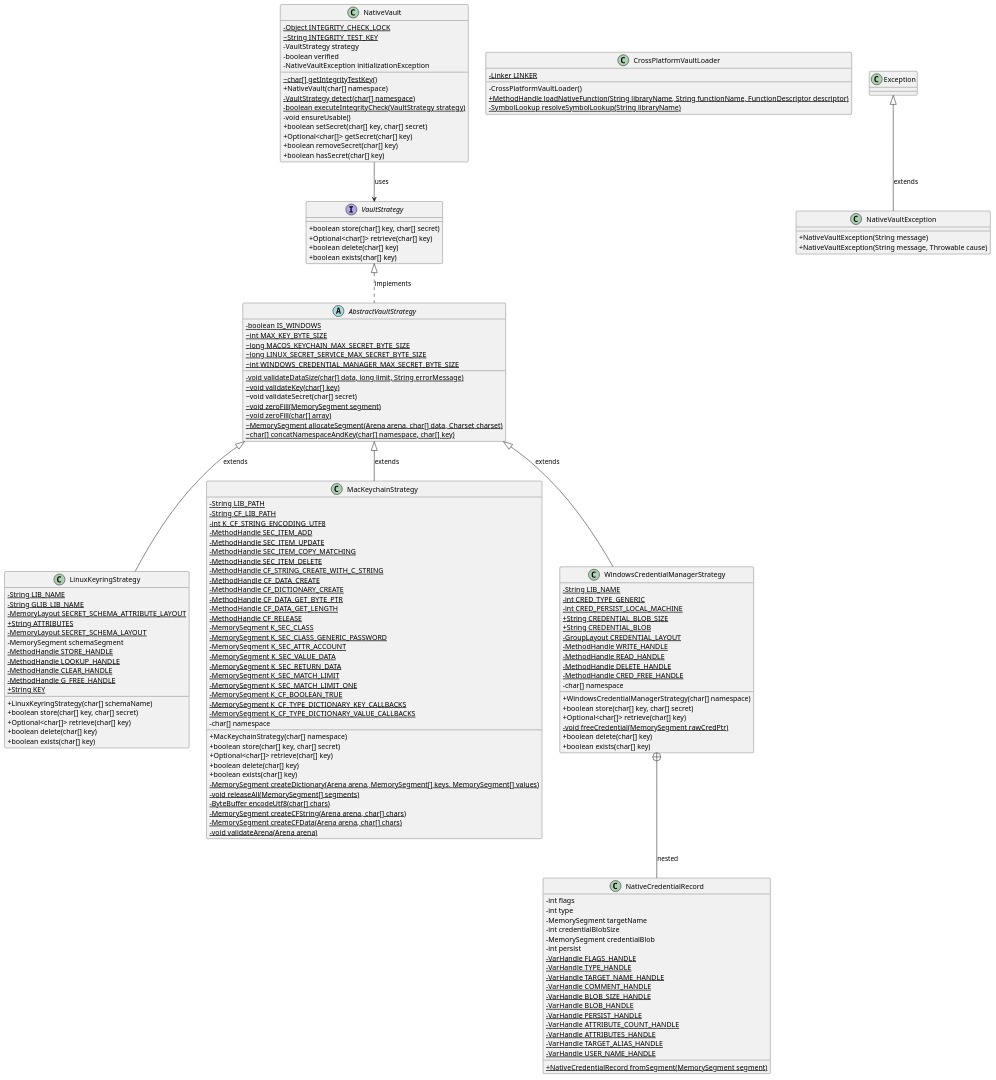
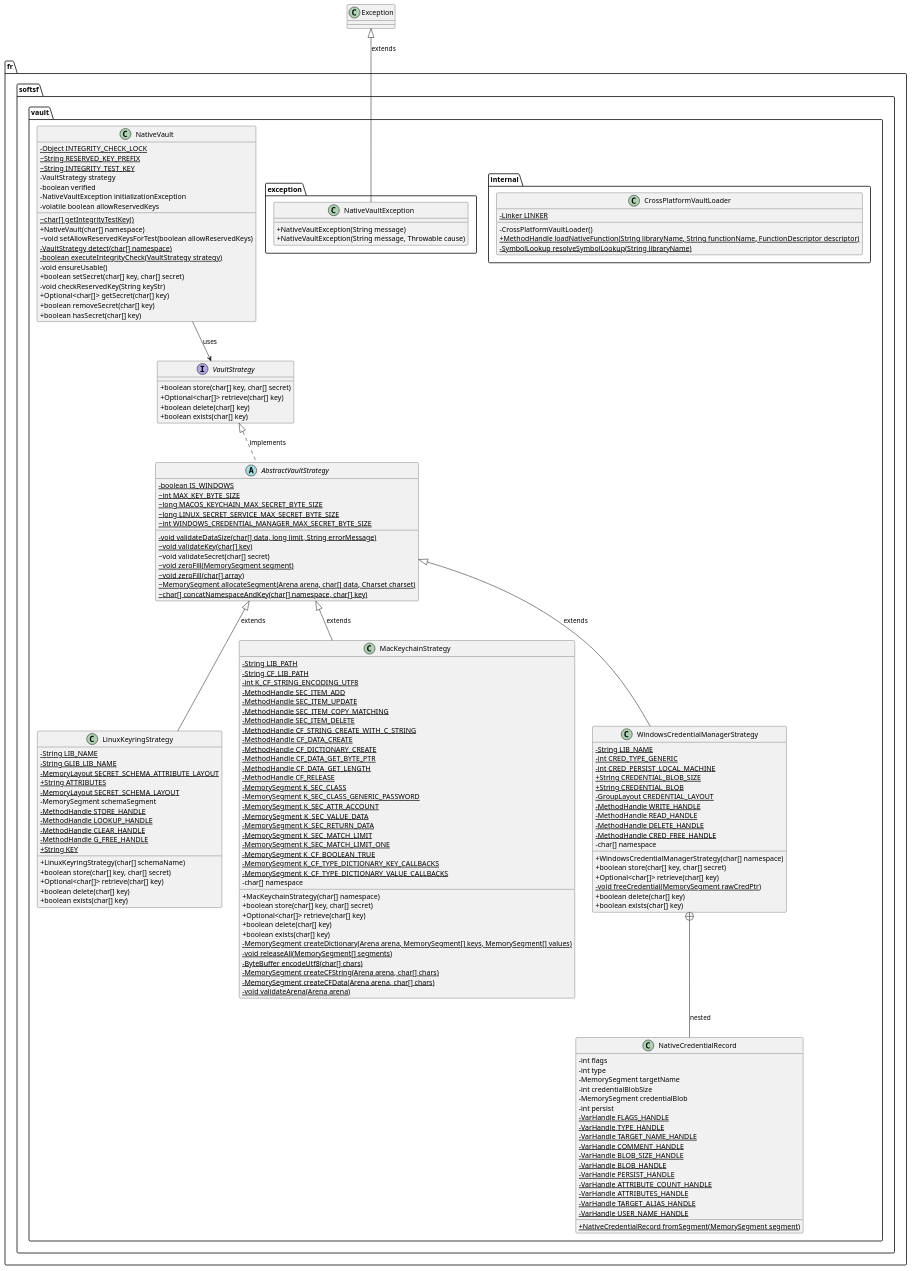
Before and after one commit to Lob2018/native-vault: the diagram in .myresources/uml/class.puml, drawn with PlantUML. The commit also changed 3 other files, not shown here.

Commit message:
📚 docs Doxygen with updated UML class diagram

```diff
--- a/.myresources/uml/class.puml
+++ b/.myresources/uml/class.puml
@@ -1,162 +1,172 @@
 @startuml
 skinparam classAttributeIconSize 0
 
-interface VaultStrategy {
-    + boolean store(char[] key, char[] secret)
-    + Optional<char[]> retrieve(char[] key)
-    + boolean delete(char[] key)
-    + boolean exists(char[] key)
+package "fr.softsf.vault" {
+    interface VaultStrategy {
+        + boolean store(char[] key, char[] secret)
+        + Optional<char[]> retrieve(char[] key)
+        + boolean delete(char[] key)
+        + boolean exists(char[] key)
+    }
+
+    abstract class AbstractVaultStrategy {
+        {static} - boolean IS_WINDOWS
+        {static} ~ int MAX_KEY_BYTE_SIZE
+        {static} ~ long MACOS_KEYCHAIN_MAX_SECRET_BYTE_SIZE
+        {static} ~ long LINUX_SECRET_SERVICE_MAX_SECRET_BYTE_SIZE
+        {static} ~ int WINDOWS_CREDENTIAL_MANAGER_MAX_SECRET_BYTE_SIZE
+        {static} - void validateDataSize(char[] data, long limit, String errorMessage)
+        {static} ~ void validateKey(char[] key)
+        ~ void validateSecret(char[] secret)
+        {static} ~ void zeroFill(MemorySegment segment)
+        {static} ~ void zeroFill(char[] array)
+        {static} ~ MemorySegment allocateSegment(Arena arena, char[] data, Charset charset)
+        {static} ~ char[] concatNamespaceAndKey(char[] namespace, char[] key)
+    }
+
+    class LinuxKeyringStrategy {
+        {static} - String LIB_NAME
+        {static} - String GLIB_LIB_NAME
+        {static} - MemoryLayout SECRET_SCHEMA_ATTRIBUTE_LAYOUT
+        {static} + String ATTRIBUTES
+        {static} - MemoryLayout SECRET_SCHEMA_LAYOUT
+        - MemorySegment schemaSegment
+        {static} - MethodHandle STORE_HANDLE
+        {static} - MethodHandle LOOKUP_HANDLE
+        {static} - MethodHandle CLEAR_HANDLE
+        {static} - MethodHandle G_FREE_HANDLE
+        {static} + String KEY
+        + LinuxKeyringStrategy(char[] schemaName)
+        + boolean store(char[] key, char[] secret)
+        + Optional<char[]> retrieve(char[] key)
+        + boolean delete(char[] key)
+        + boolean exists(char[] key)
+    }
+
+    class MacKeychainStrategy {
+        {static} - String LIB_PATH
+        {static} - String CF_LIB_PATH
+        {static} - int K_CF_STRING_ENCODING_UTF8
+        {static} - MethodHandle SEC_ITEM_ADD
+        {static} - MethodHandle SEC_ITEM_UPDATE
+        {static} - MethodHandle SEC_ITEM_COPY_MATCHING
+        {static} - MethodHandle SEC_ITEM_DELETE
+        {static} - MethodHandle CF_STRING_CREATE_WITH_C_STRING
+        {static} - MethodHandle CF_DATA_CREATE
+        {static} - MethodHandle CF_DICTIONARY_CREATE
+        {static} - MethodHandle CF_DATA_GET_BYTE_PTR
+        {static} - MethodHandle CF_DATA_GET_LENGTH
+        {static} - MethodHandle CF_RELEASE
+        {static} - MemorySegment K_SEC_CLASS
+        {static} - MemorySegment K_SEC_CLASS_GENERIC_PASSWORD
+        {static} - MemorySegment K_SEC_ATTR_ACCOUNT
+        {static} - MemorySegment K_SEC_VALUE_DATA
+        {static} - MemorySegment K_SEC_RETURN_DATA
+        {static} - MemorySegment K_SEC_MATCH_LIMIT
+        {static} - MemorySegment K_SEC_MATCH_LIMIT_ONE
+        {static} - MemorySegment K_CF_BOOLEAN_TRUE
+        {static} - MemorySegment K_CF_TYPE_DICTIONARY_KEY_CALLBACKS
+        {static} - MemorySegment K_CF_TYPE_DICTIONARY_VALUE_CALLBACKS
+        - char[] namespace
+        + MacKeychainStrategy(char[] namespace)
+        + boolean store(char[] key, char[] secret)
+        + Optional<char[]> retrieve(char[] key)
+        + boolean delete(char[] key)
+        + boolean exists(char[] key)
+        {static} - MemorySegment createDictionary(Arena arena, MemorySegment[] keys, MemorySegment[] values)
+        {static} - void releaseAll(MemorySegment[] segments)
+        {static} - ByteBuffer encodeUtf8(char[] chars)
+        {static} - MemorySegment createCFString(Arena arena, char[] chars)
+        {static} - MemorySegment createCFData(Arena arena, char[] chars)
+        {static} - void validateArena(Arena arena)
+    }
+
+    class WindowsCredentialManagerStrategy {
+        {static} - String LIB_NAME
+        {static} - int CRED_TYPE_GENERIC
+        {static} - int CRED_PERSIST_LOCAL_MACHINE
+        {static} + String CREDENTIAL_BLOB_SIZE
+        {static} + String CREDENTIAL_BLOB
+        {static} - GroupLayout CREDENTIAL_LAYOUT
+        {static} - MethodHandle WRITE_HANDLE
+        {static} - MethodHandle READ_HANDLE
+        {static} - MethodHandle DELETE_HANDLE
+        {static} - MethodHandle CRED_FREE_HANDLE
+        - char[] namespace
+        + WindowsCredentialManagerStrategy(char[] namespace)
+        + boolean store(char[] key, char[] secret)
+        + Optional<char[]> retrieve(char[] key)
+        {static} - void freeCredential(MemorySegment rawCredPtr)
+        + boolean delete(char[] key)
+        + boolean exists(char[] key)
+    }
+
+    class "NativeCredentialRecord" as WindowsCredentialManagerStrategy_NativeCredentialRecord {
+        - int flags
+        - int type
+        - MemorySegment targetName
+        - int credentialBlobSize
+        - MemorySegment credentialBlob
+        - int persist
+        {static} - VarHandle FLAGS_HANDLE
+        {static} - VarHandle TYPE_HANDLE
+        {static} - VarHandle TARGET_NAME_HANDLE
+        {static} - VarHandle COMMENT_HANDLE
+        {static} - VarHandle BLOB_SIZE_HANDLE
+        {static} - VarHandle BLOB_HANDLE
+        {static} - VarHandle PERSIST_HANDLE
+        {static} - VarHandle ATTRIBUTE_COUNT_HANDLE
+        {static} - VarHandle ATTRIBUTES_HANDLE
+        {static} - VarHandle TARGET_ALIAS_HANDLE
+        {static} - VarHandle USER_NAME_HANDLE
+        {static} + NativeCredentialRecord fromSegment(MemorySegment segment)
+    }
+
+    class NativeVault {
+        {static} - Object INTEGRITY_CHECK_LOCK
+        {static} ~ String RESERVED_KEY_PREFIX
+        {static} ~ String INTEGRITY_TEST_KEY
+        - VaultStrategy strategy
+        - boolean verified
+        - NativeVaultException initializationException
+        - volatile boolean allowReservedKeys
+        {static} ~ char[] getIntegrityTestKey()
+        + NativeVault(char[] namespace)
+        ~ void setAllowReservedKeysForTest(boolean allowReservedKeys)
+        {static} - VaultStrategy detect(char[] namespace)
+        {static} - boolean executeIntegrityCheck(VaultStrategy strategy)
+        - void ensureUsable()
+        + boolean setSecret(char[] key, char[] secret)
+        - void checkReservedKey(String keyStr)
+        + Optional<char[]> getSecret(char[] key)
+        + boolean removeSecret(char[] key)
+        + boolean hasSecret(char[] key)
+    }
 }
 
-abstract class AbstractVaultStrategy {
-    {static} - boolean IS_WINDOWS
-    {static} ~ int MAX_KEY_BYTE_SIZE
-    {static} ~ long MACOS_KEYCHAIN_MAX_SECRET_BYTE_SIZE
-    {static} ~ long LINUX_SECRET_SERVICE_MAX_SECRET_BYTE_SIZE
-    {static} ~ int WINDOWS_CREDENTIAL_MANAGER_MAX_SECRET_BYTE_SIZE
-    {static} - void validateDataSize(char[] data, long limit, String errorMessage)
-    {static} ~ void validateKey(char[] key)
-    ~ void validateSecret(char[] secret)
-    {static} ~ void zeroFill(MemorySegment segment)
-    {static} ~ void zeroFill(char[] array)
-    {static} ~ MemorySegment allocateSegment(Arena arena, char[] data, Charset charset)
-    {static} ~ char[] concatNamespaceAndKey(char[] namespace, char[] key)
+package "fr.softsf.vault.internal" {
+    class CrossPlatformVaultLoader {
+        {static} - Linker LINKER
+        - CrossPlatformVaultLoader()
+        {static} + MethodHandle loadNativeFunction(String libraryName, String functionName, FunctionDescriptor descriptor)
+        {static} - SymbolLookup resolveSymbolLookup(String libraryName)
+    }
 }
 
-class LinuxKeyringStrategy {
-    {static} - String LIB_NAME
-    {static} - String GLIB_LIB_NAME
-    {static} - MemoryLayout SECRET_SCHEMA_ATTRIBUTE_LAYOUT
-    {static} + String ATTRIBUTES
-    {static} - MemoryLayout SECRET_SCHEMA_LAYOUT
-    - MemorySegment schemaSegment
-    {static} - MethodHandle STORE_HANDLE
-    {static} - MethodHandle LOOKUP_HANDLE
-    {static} - MethodHandle CLEAR_HANDLE
-    {static} - MethodHandle G_FREE_HANDLE
-    {static} + String KEY
-    + LinuxKeyringStrategy(char[] schemaName)
-    + boolean store(char[] key, char[] secret)
-    + Optional<char[]> retrieve(char[] key)
-    + boolean delete(char[] key)
-    + boolean exists(char[] key)
-}
-
-class MacKeychainStrategy {
-    {static} - String LIB_PATH
-    {static} - String CF_LIB_PATH
-    {static} - int K_CF_STRING_ENCODING_UTF8
-    {static} - MethodHandle SEC_ITEM_ADD
-    {static} - MethodHandle SEC_ITEM_UPDATE
-    {static} - MethodHandle SEC_ITEM_COPY_MATCHING
-    {static} - MethodHandle SEC_ITEM_DELETE
-    {static} - MethodHandle CF_STRING_CREATE_WITH_C_STRING
-    {static} - MethodHandle CF_DATA_CREATE
-    {static} - MethodHandle CF_DICTIONARY_CREATE
-    {static} - MethodHandle CF_DATA_GET_BYTE_PTR
-    {static} - MethodHandle CF_DATA_GET_LENGTH
-    {static} - MethodHandle CF_RELEASE
-    {static} - MemorySegment K_SEC_CLASS
-    {static} - MemorySegment K_SEC_CLASS_GENERIC_PASSWORD
-    {static} - MemorySegment K_SEC_ATTR_ACCOUNT
-    {static} - MemorySegment K_SEC_VALUE_DATA
-    {static} - MemorySegment K_SEC_RETURN_DATA
-    {static} - MemorySegment K_SEC_MATCH_LIMIT
-    {static} - MemorySegment K_SEC_MATCH_LIMIT_ONE
-    {static} - MemorySegment K_CF_BOOLEAN_TRUE
-    {static} - MemorySegment K_CF_TYPE_DICTIONARY_KEY_CALLBACKS
-    {static} - MemorySegment K_CF_TYPE_DICTIONARY_VALUE_CALLBACKS
-    - char[] namespace
-    + MacKeychainStrategy(char[] namespace)
-    + boolean store(char[] key, char[] secret)
-    + Optional<char[]> retrieve(char[] key)
-    + boolean delete(char[] key)
-    + boolean exists(char[] key)
-    {static} - MemorySegment createDictionary(Arena arena, MemorySegment[] keys, MemorySegment[] values)
-    {static} - void releaseAll(MemorySegment[] segments)
-    {static} - ByteBuffer encodeUtf8(char[] chars)
-    {static} - MemorySegment createCFString(Arena arena, char[] chars)
-    {static} - MemorySegment createCFData(Arena arena, char[] chars)
-    {static} - void validateArena(Arena arena)
-}
-
-class WindowsCredentialManagerStrategy {
-    {static} - String LIB_NAME
-    {static} - int CRED_TYPE_GENERIC
-    {static} - int CRED_PERSIST_LOCAL_MACHINE
-    {static} + String CREDENTIAL_BLOB_SIZE
-    {static} + String CREDENTIAL_BLOB
-    {static} - GroupLayout CREDENTIAL_LAYOUT
-    {static} - MethodHandle WRITE_HANDLE
-    {static} - MethodHandle READ_HANDLE
-    {static} - MethodHandle DELETE_HANDLE
-    {static} - MethodHandle CRED_FREE_HANDLE
-    - char[] namespace
-    + WindowsCredentialManagerStrategy(char[] namespace)
-    + boolean store(char[] key, char[] secret)
-    + Optional<char[]> retrieve(char[] key)
-    {static} - void freeCredential(MemorySegment rawCredPtr)
-    + boolean delete(char[] key)
-    + boolean exists(char[] key)
-}
-
-class "NativeCredentialRecord" as WindowsCredentialManagerStrategy_NativeCredentialRecord {
-    - int flags
-    - int type
-    - MemorySegment targetName
-    - int credentialBlobSize
-    - MemorySegment credentialBlob
-    - int persist
-    {static} - VarHandle FLAGS_HANDLE
-    {static} - VarHandle TYPE_HANDLE
-    {static} - VarHandle TARGET_NAME_HANDLE
-    {static} - VarHandle COMMENT_HANDLE
-    {static} - VarHandle BLOB_SIZE_HANDLE
-    {static} - VarHandle BLOB_HANDLE
-    {static} - VarHandle PERSIST_HANDLE
-    {static} - VarHandle ATTRIBUTE_COUNT_HANDLE
-    {static} - VarHandle ATTRIBUTES_HANDLE
-    {static} - VarHandle TARGET_ALIAS_HANDLE
-    {static} - VarHandle USER_NAME_HANDLE
-    {static} + NativeCredentialRecord fromSegment(MemorySegment segment)
-}
-
-class NativeVault {
-    {static} - Object INTEGRITY_CHECK_LOCK
-    {static} ~ String INTEGRITY_TEST_KEY
-    - VaultStrategy strategy
-    - boolean verified
-    - NativeVaultException initializationException
-    {static} ~ char[] getIntegrityTestKey()
-    + NativeVault(char[] namespace)
-    {static} - VaultStrategy detect(char[] namespace)
-    {static} - boolean executeIntegrityCheck(VaultStrategy strategy)
-    - void ensureUsable()
-    + boolean setSecret(char[] key, char[] secret)
-    + Optional<char[]> getSecret(char[] key)
-    + boolean removeSecret(char[] key)
-    + boolean hasSecret(char[] key)
-}
-
-class CrossPlatformVaultLoader {
-    {static} - Linker LINKER
-    - CrossPlatformVaultLoader()
-    {static} + MethodHandle loadNativeFunction(String libraryName, String functionName, FunctionDescriptor descriptor)
-    {static} - SymbolLookup resolveSymbolLookup(String libraryName)
-}
-
-class NativeVaultException {
-    + NativeVaultException(String message)
-    + NativeVaultException(String message, Throwable cause)
+package "fr.softsf.vault.exception" {
+    class NativeVaultException {
+        + NativeVaultException(String message)
+        + NativeVaultException(String message, Throwable cause)
+    }
 }
 
 class Exception
 
 VaultStrategy <|.. AbstractVaultStrategy : implements
 AbstractVaultStrategy <|-- LinuxKeyringStrategy : extends
 AbstractVaultStrategy <|-- MacKeychainStrategy : extends
 AbstractVaultStrategy <|-- WindowsCredentialManagerStrategy : extends
 WindowsCredentialManagerStrategy +-- WindowsCredentialManagerStrategy_NativeCredentialRecord : nested
 NativeVault --> VaultStrategy : uses
 Exception <|-- NativeVaultException : extends
 @enduml
```
